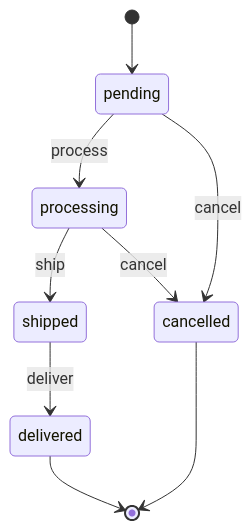
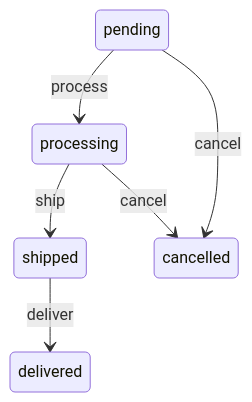
The first of 2 diagrams in README.md (state-machines/state_machines-mermaid), drawn with Mermaid before and after one commit. The commit also changed other lines of this file, not shown here.

Commit message:
Update README diagrams

````diff
--- a/README.md
+++ b/README.md
@@ -64,14 +64,13 @@
 ```mermaid
 stateDiagram-v2
-    %% Order status State Machine
-
-    [*] --> pending
-    delivered --> [*]
-    cancelled --> [*]
-
-    pending --> processing : process
-    processing --> shipped : ship
-    shipped --> delivered : deliver
-    pending --> cancelled : cancel
-    processing --> cancelled : cancel
+  pending : pending
+  processing : processing
+  shipped : shipped
+  delivered : delivered
+  cancelled : cancelled
+  pending --> processing : process
+  processing --> shipped : ship
+  shipped --> delivered : deliver
+  pending --> cancelled : cancel
+  processing --> cancelled : cancel
 ```
````
